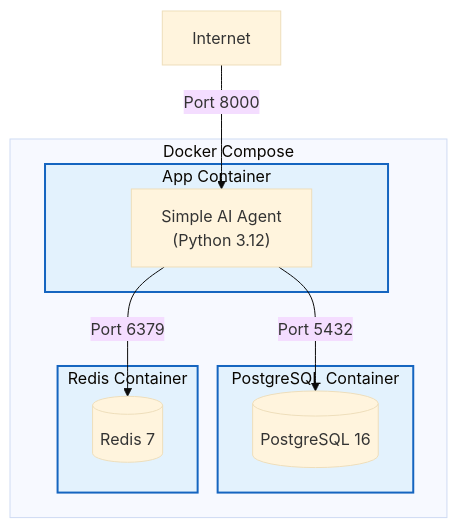
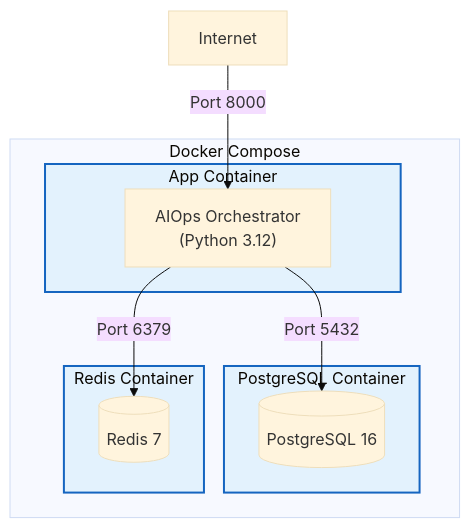
One commit to Htunn/simple-ai-agent changed the second of 3 diagrams in docs/component-diagram.md. Above: the diagram before and after it, drawn with Mermaid (base theme). The commit also changed other lines of this file and 55 other files, not shown here.

First line of the commit message:
feat: rename project to aiops-orchestrator + add Gemini backend + remove MCP

````diff
--- a/docs/component-diagram.md
+++ b/docs/component-diagram.md
@@ -203,23 +203,23 @@
 ```mermaid
 flowchart TB
     subgraph Docker["Docker Compose"]
         subgraph AppContainer["App Container"]
-            App["Simple AI Agent<br/>(Python 3.12)"]
+            App["AIOps Orchestrator<br/>(Python 3.12)"]
         end
         subgraph DBContainer["PostgreSQL Container"]
             DB[("PostgreSQL 16")]
         end
         subgraph CacheContainer["Redis Container"]
             Cache[("Redis 7")]
         end
     end
 
     Internet["Internet"]
     
     Internet -->|Port 8000| App
     App -->|Port 5432| DB
     App -->|Port 6379| Cache
     
     classDef container fill:#e3f2fd,stroke:#1565c0,stroke-width:2px
     class AppContainer,DBContainer,CacheContainer container
 ```
````
